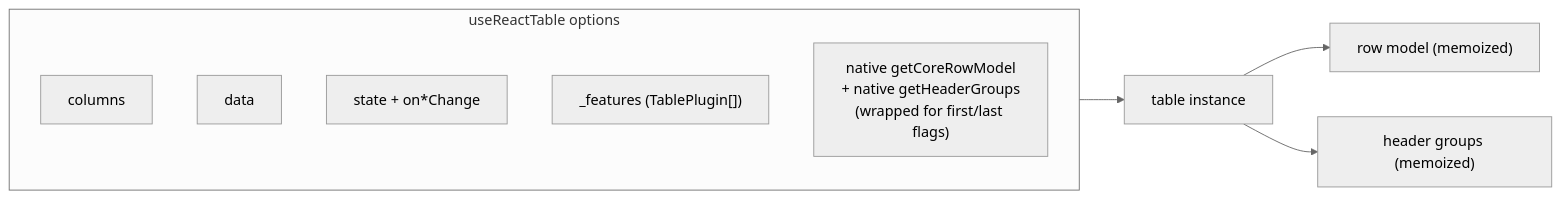
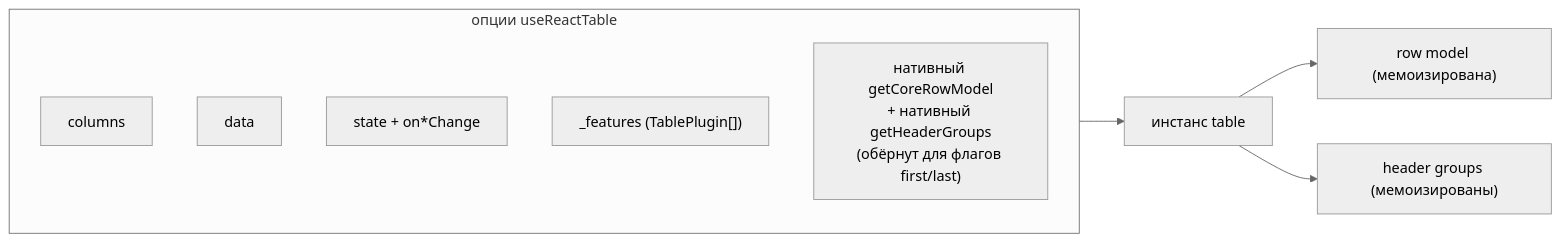
The first of 2 diagrams in docs/architecture/upstream-foundations.md (tessera-grid/tessera), drawn with Mermaid (neutral theme) before and after one commit. The commit also changed other lines of this file and 15 other files, not shown here.

First line of the commit message:
docs(architecture): translate to Russian and restructure the knowledge base

````diff
--- a/docs/architecture/upstream-foundations.md
+++ b/docs/architecture/upstream-foundations.md
@@ -39,16 +40,16 @@
 ```mermaid
 flowchart LR
-    subgraph opts["useReactTable options"]
+    subgraph opts["опции useReactTable"]
         C["columns"]
         D["data"]
         S["state + on*Change"]
         F["_features (TablePlugin[])"]
-        M["native getCoreRowModel<br/>+ native getHeaderGroups<br/>(wrapped for first/last flags)"]
+        M["нативный getCoreRowModel<br/>+ нативный getHeaderGroups<br/>(обёрнут для флагов first/last)"]
     end
-    INST["table instance"]
-    RM["row model (memoized)"]
-    HG["header groups (memoized)"]
+    INST["инстанс table"]
+    RM["row model (мемоизирована)"]
+    HG["header groups (мемоизированы)"]
     opts --> INST
     INST --> RM
     INST --> HG
 ```
````
